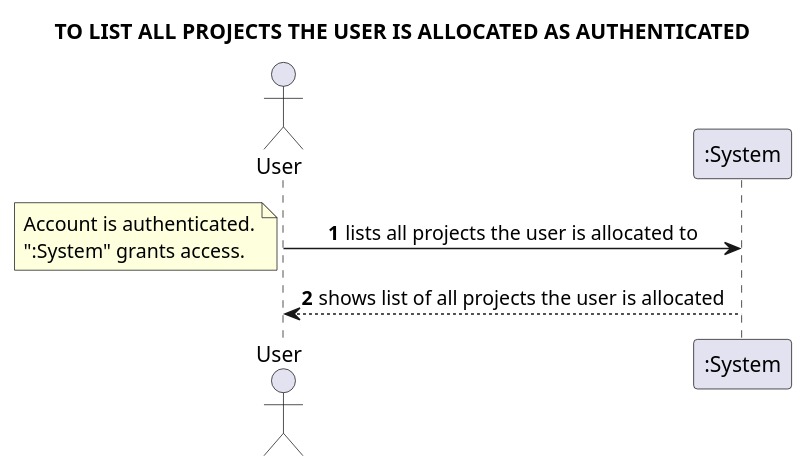
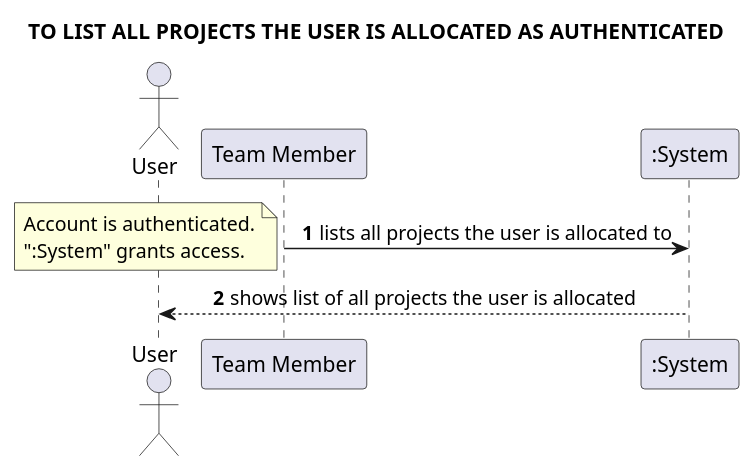
Diagram 37 of 38 in docs/requirements_gathering/system_sequence_diagrams/systemSequenceDiagram.puml (Loracline/project_switch_22-23), drawn with PlantUML before and after one commit. The commit also changed other lines of this file and 3 other files, not shown here.

Commit message:
US020: Requirements Gathering and Design: Creation of System Sequence Diagram and Class Diagram. close issue #10 and issue #11

```diff
--- a/docs/requirements_gathering/system_sequence_diagrams/systemSequenceDiagram.puml
+++ b/docs/requirements_gathering/system_sequence_diagrams/systemSequenceDiagram.puml
@@ -587,12 +587,12 @@
 @startuml
 skinparam sequenceMessageAlign center
 title TO LIST ALL PROJECTS THE USER IS ALLOCATED AS AUTHENTICATED
 actor "User"
 autonumber
-"User" -> ":System": lists all projects the user is allocated to
+"Team Member" -> ":System": lists all projects the user is allocated to
 note left
 Account is authenticated.
 ":System" grants access.
 end note
 "User" <-- ":System": shows list of all projects the user is allocated
 @enduml
```
